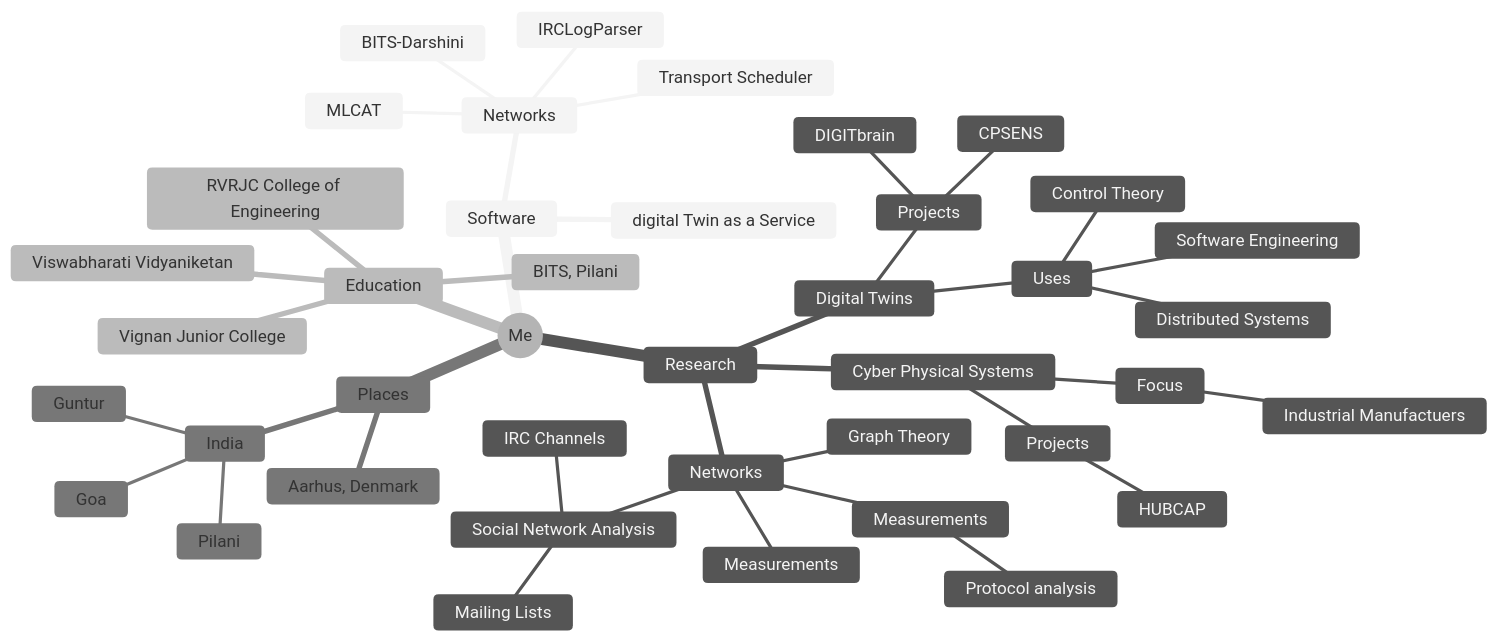
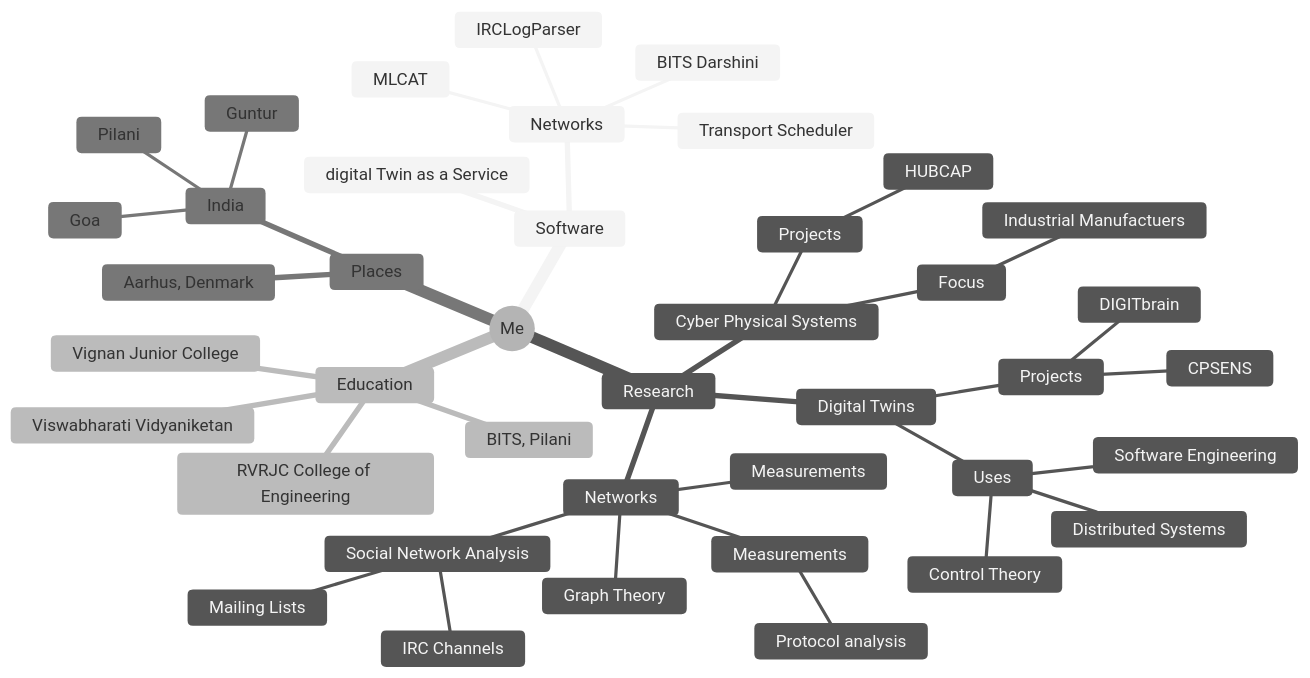
Before and after one commit to prasadtalasila/prasadtalasila: the diagram in README.md, drawn with Mermaid (neutral theme).

````diff
--- a/README.md
+++ b/README.md
@@ -37,44 +37,44 @@
 ```mermaid
 mindmap
   root((Me))
     Software
-        digital Twin as a Service
-        Networks
-            IRCLogParser
-            MLCAT
-            BITS-Darshini
-            Transport Scheduler      
+      digital Twin as a Service
+      Networks
+        IRCLogParser
+        MLCAT
+        BITS Darshini
+        Transport Scheduler      
     Research
       Digital Twins
         Uses
             Software Engineering
             Distributed Systems
             Control Theory
         Projects
             DIGITbrain
             CPSENS
       Cyber Physical Systems
         Focus
             Industrial Manufactuers
         Projects
             HUBCAP
       Networks
         Graph Theory
         Measurements
             Protocol analysis
         Social Network Analysis
             IRC Channels
             Mailing Lists
         Measurements
     Education
       BITS, Pilani
       RVRJC College of Engineering
       Vignan Junior College
       Viswabharati Vidyaniketan
     Places
       Aarhus, Denmark
       India
         Goa
         Pilani
         Guntur
 ```
````
